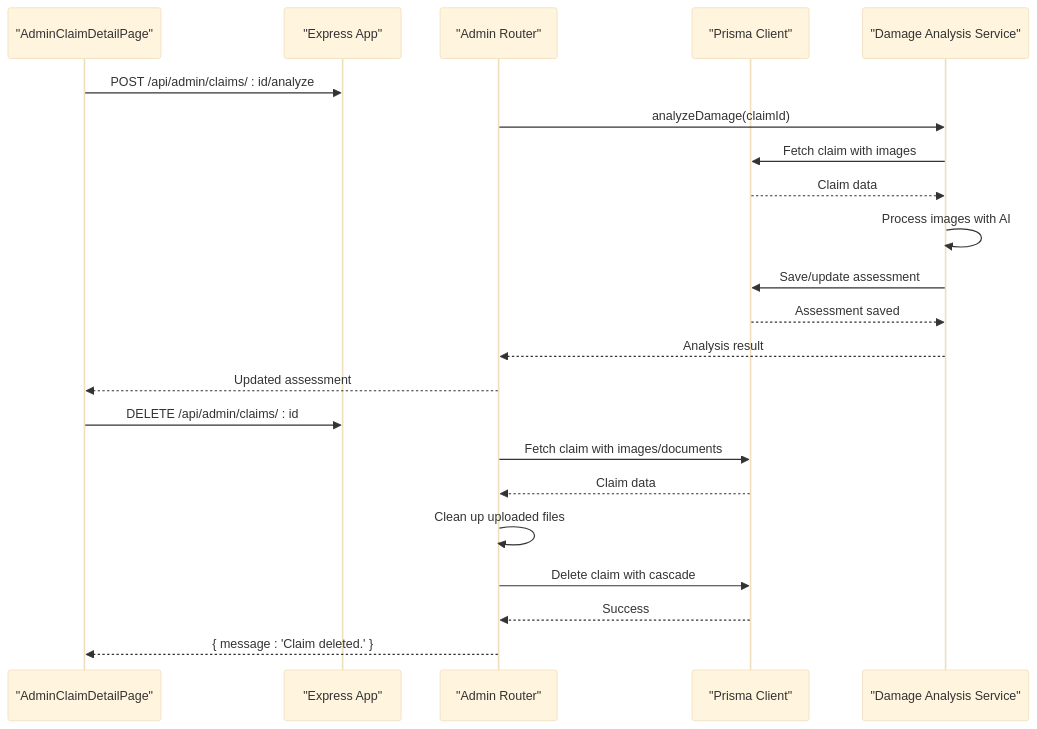
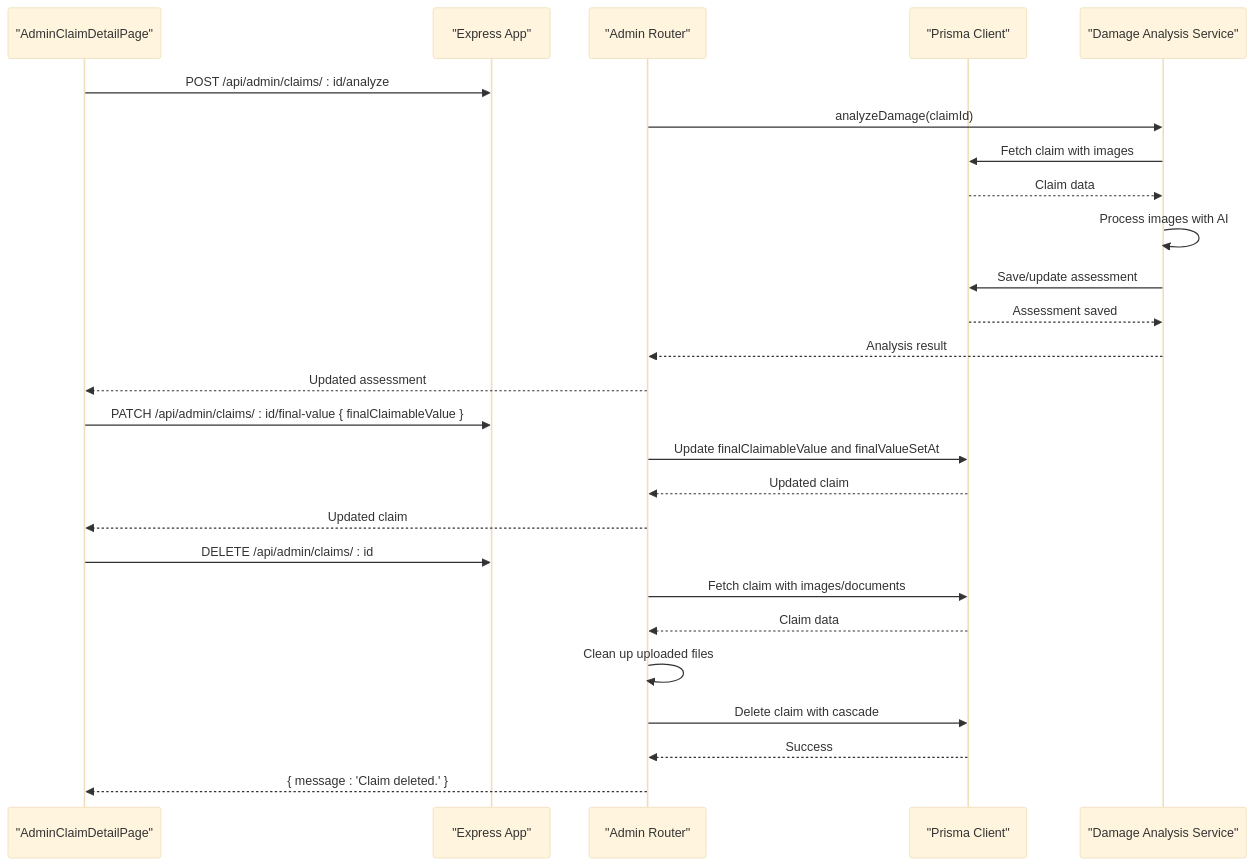
One commit to NaveenHiranya/Smart-Vehicle-Insurance-Claim-System changed the seventh of 12 diagrams in .qoder/repowiki/en/content/Backend Documentation/API Endpoints Reference/Administrative Endpoints.md. Above: the diagram before and after it, drawn with Mermaid (base theme). The commit also changed other lines of this file and 31 other files, not shown here.

````diff
--- a/.qoder/repowiki/en/content/Backend Documentation/API Endpoints Reference/Administrative Endpoints.md
+++ b/.qoder/repowiki/en/content/Backend Documentation/API Endpoints Reference/Administrative Endpoints.md
@@ -352,24 +358,28 @@
 ```mermaid
 sequenceDiagram
 participant FE as "AdminClaimDetailPage"
 participant API as "Express App"
 participant AR as "Admin Router"
 participant DB as "Prisma Client"
 participant DS as "Damage Analysis Service"
 FE->>API : POST /api/admin/claims/ : id/analyze
 AR->>DS : analyzeDamage(claimId)
 DS->>DB : Fetch claim with images
 DB-->>DS : Claim data
 DS->>DS : Process images with AI
 DS->>DB : Save/update assessment
 DB-->>DS : Assessment saved
 DS-->>AR : Analysis result
 AR-->>FE : Updated assessment
+FE->>API : PATCH /api/admin/claims/ : id/final-value { finalClaimableValue }
+AR->>DB : Update finalClaimableValue and finalValueSetAt
+DB-->>AR : Updated claim
+AR-->>FE : Updated claim
 FE->>API : DELETE /api/admin/claims/ : id
 AR->>DB : Fetch claim with images/documents
 DB-->>AR : Claim data
 AR->>AR : Clean up uploaded files
 AR->>DB : Delete claim with cascade
 DB-->>AR : Success
 AR-->>FE : { message : 'Claim deleted.' }
 ```
````
